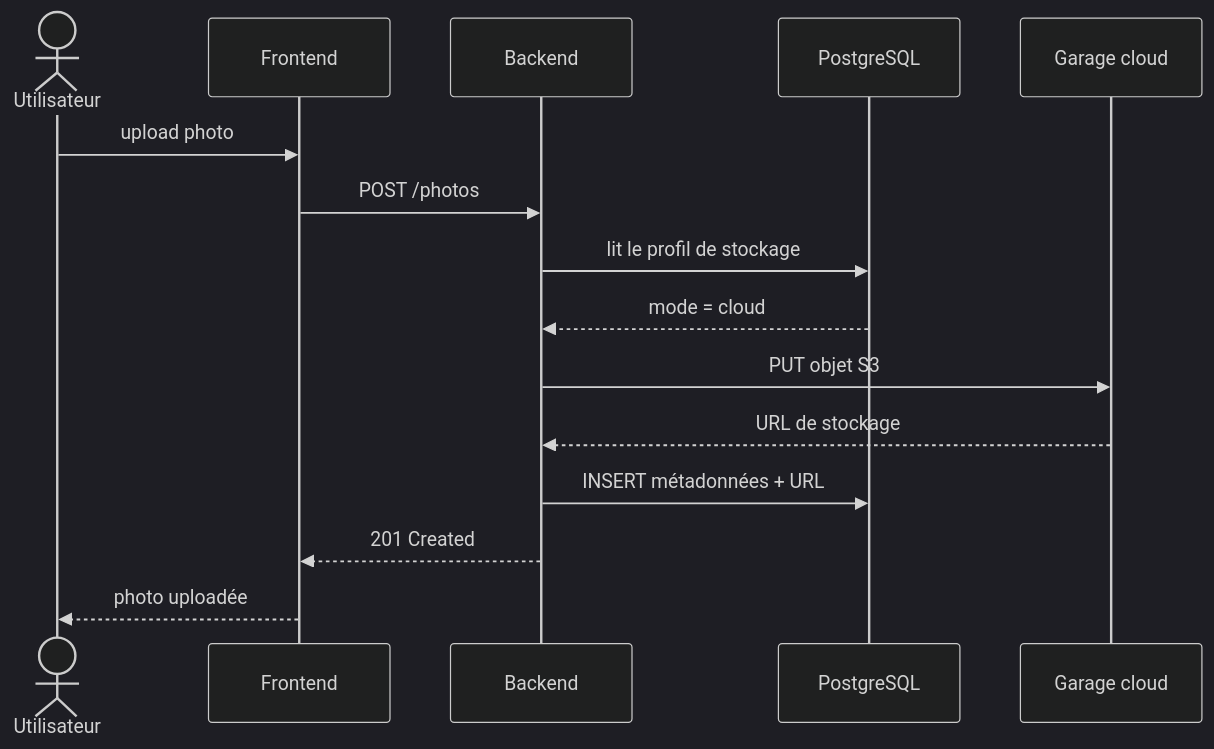
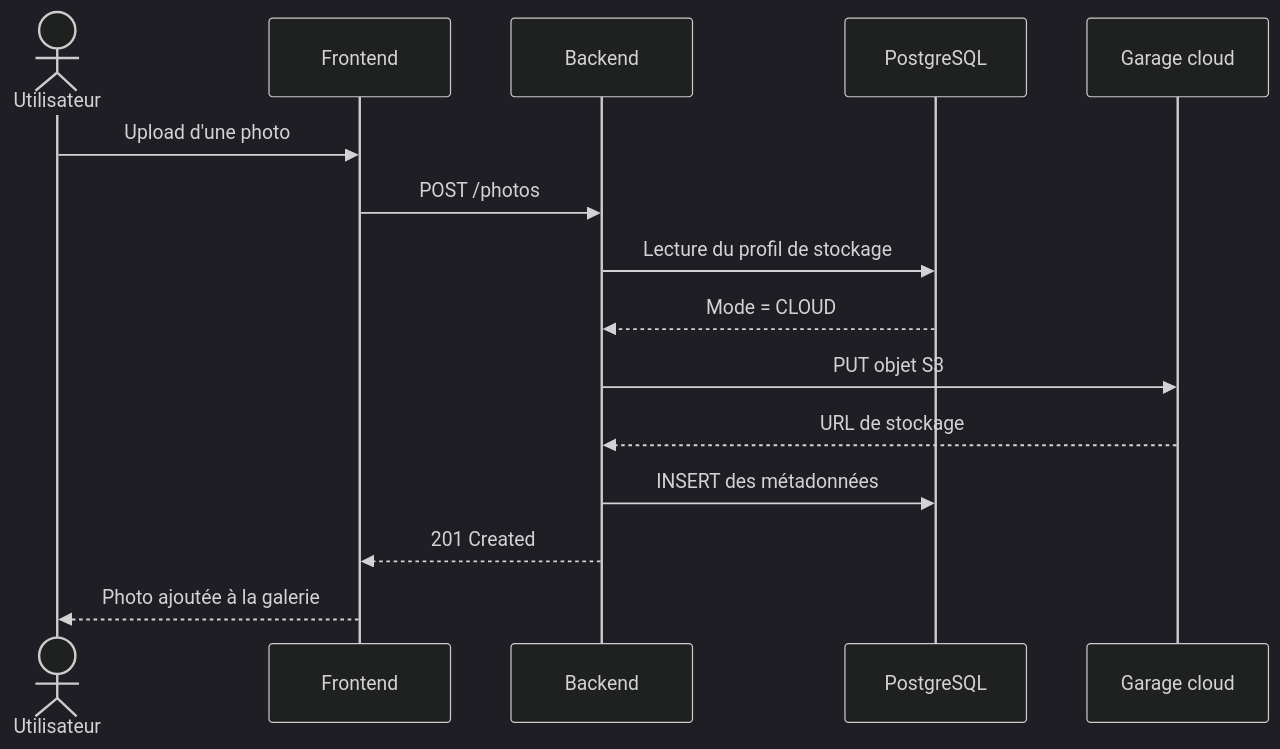
Before and after one commit to BOINAR/sovlens: the first of 3 diagrams in documentation/architecture/sequence-diagram.md, drawn with Mermaid. The commit also changed other lines of this file, not shown here.

Commit message:
docs: mise à jour des diagrammes de séquence

````diff
--- a/documentation/architecture/sequence-diagram.md
+++ b/documentation/architecture/sequence-diagram.md
@@ -5,19 +19,19 @@
 ```mermaid
 %%{init: {'theme': 'dark', 'themeVariables': {'fontSize': '16px'}}}%%
 sequenceDiagram
   actor U as Utilisateur
   participant F as Frontend
   participant B as Backend
   participant DB as PostgreSQL
   participant GC as Garage cloud
 
-  U->>F: upload photo
+  U->>F: Upload d'une photo
   F->>B: POST /photos
-  B->>DB: lit le profil de stockage
-  DB-->>B: mode = cloud
+  B->>DB: Lecture du profil de stockage
+  DB-->>B: Mode = CLOUD
   B->>GC: PUT objet S3
   GC-->>B: URL de stockage
-  B->>DB: INSERT métadonnées + URL
+  B->>DB: INSERT des métadonnées
   B-->>F: 201 Created
-  F-->>U: photo uploadée
+  F-->>U: Photo ajoutée à la galerie
 ```
````
